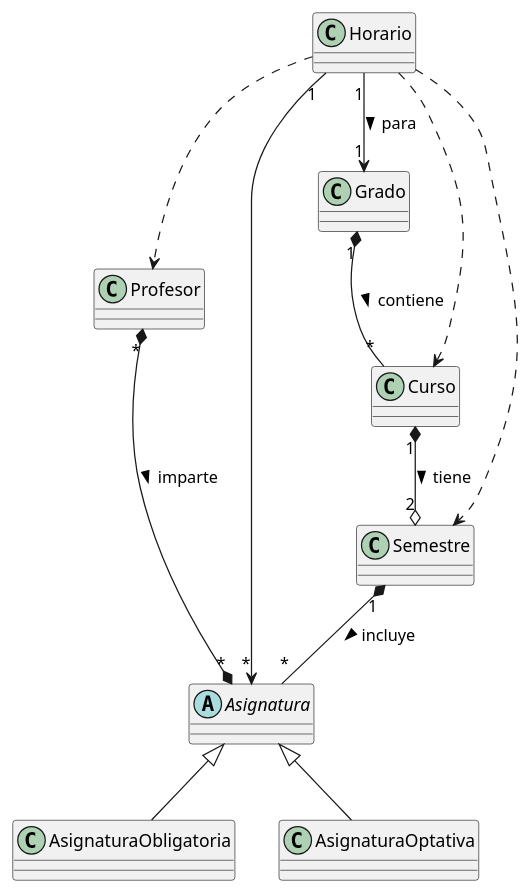
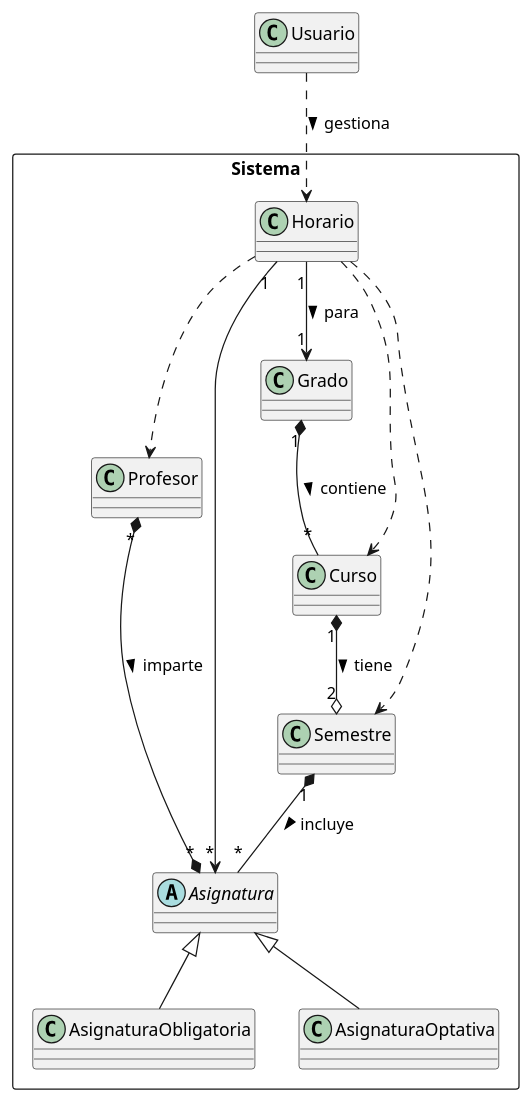
Before and after one commit to antoniogavilanes/Constructor_De_Horarios: the diagram in Constructor_De_Horarios/images/modelosUML/modeloDelDominio/v1.puml, drawn with PlantUML. The commit also changed 2 other files, not shown here.

Commit message:
Estados del horario

```diff
--- a/Constructor_De_Horarios/images/modelosUML/modeloDelDominio/v1.puml
+++ b/Constructor_De_Horarios/images/modelosUML/modeloDelDominio/v1.puml
@@ -1,42 +1,49 @@
 @startuml
-skinparam classAttributeIconSize 0
 
-class Profesor {
+rectangle Sistema {
+
+    class Profesor {
+    }
+
+    abstract class Asignatura {
+    }
+
+    class AsignaturaObligatoria extends Asignatura {
+    }
+
+    class AsignaturaOptativa extends Asignatura {
+    }
+
+    class Grado {
+    }
+
+    class Curso {
+    }
+
+    class Semestre {
+    }
+
+    class Horario {
+    }
 }
 
-abstract class Asignatura {
-}
-
-class AsignaturaObligatoria extends Asignatura {
-}
-
-class AsignaturaOptativa extends Asignatura {
-}
-
-class Grado {
-}
-
-class Curso {
-}
-
-class Semestre {
-}
-
-class Horario {
+class Usuario {
 }
 
 ' ==== RELACIONES ====
 
 Profesor "*" *--* "*" Asignatura : imparte >
 
 Grado "1" *-- "*" Curso : contiene >
 Curso "1" *--o "2" Semestre : tiene >
 Semestre "1" *-- "*" Asignatura : incluye >
 
 Horario "1" --> "1" Grado : para >
 Horario ..> Profesor
 Horario ..> Curso
 Horario ..> Semestre
 Horario "1" --> "*" Asignatura
 
+Usuario ..> Horario : gestiona >
+
 @enduml
```
